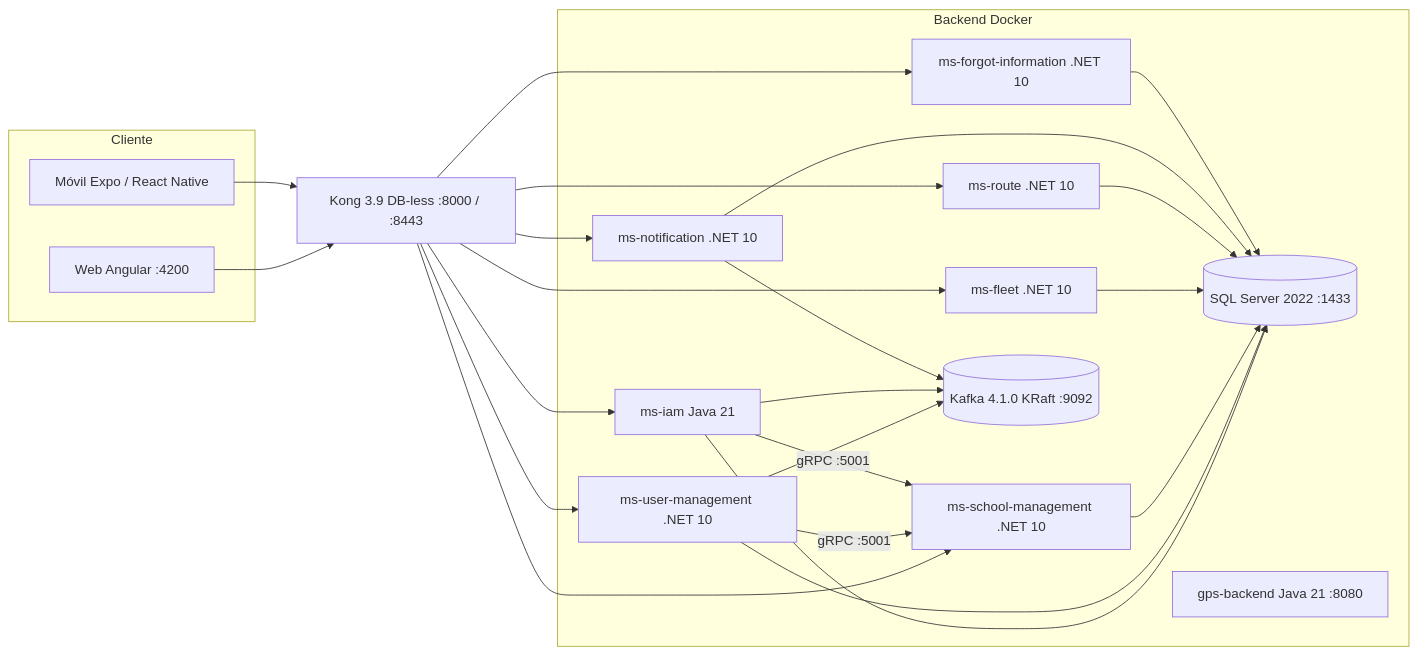
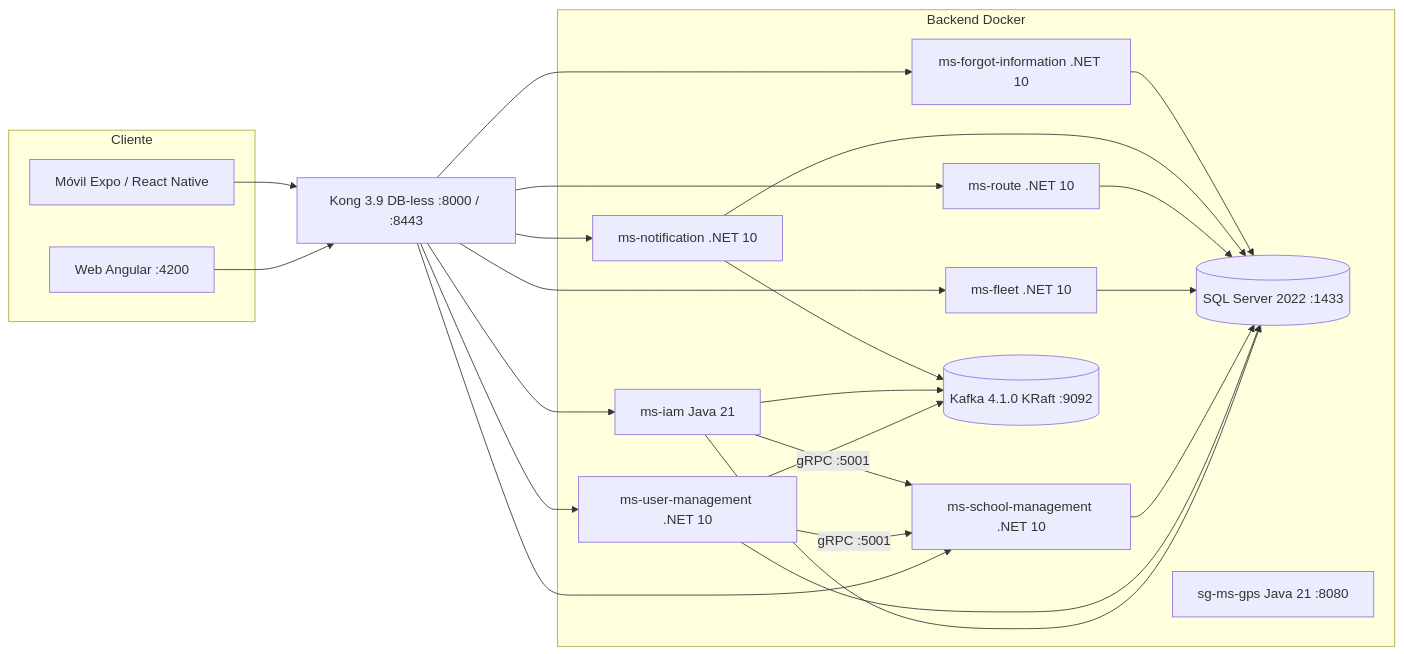
The first of 2 diagrams in 04-final-delivery/03-school-guardian/08-manuals/installation-manual.md (code-sena/ADSO-3145556), drawn with Mermaid before and after one commit. The commit also changed other lines of this file and 8 other files, not shown here.

````diff
--- a/04-final-delivery/03-school-guardian/08-manuals/installation-manual.md
+++ b/04-final-delivery/03-school-guardian/08-manuals/installation-manual.md
@@ -36,44 +36,44 @@
 ```mermaid
 flowchart LR
     subgraph Cliente
         WEB[Web Angular :4200]
         MOV[Móvil Expo / React Native]
     end
 
     KONG[Kong 3.9 DB-less :8000 / :8443]
 
     subgraph Backend Docker
         IAM[ms-iam Java 21]
         UM[ms-user-management .NET 10]
         SM[ms-school-management .NET 10]
         FL[ms-fleet .NET 10]
         RT[ms-route .NET 10]
         NT[ms-notification .NET 10]
         FI[ms-forgot-information .NET 10]
         KAFKA[(Kafka 4.1.0 KRaft :9092)]
         DB[(SQL Server 2022 :1433)]
-        GPS[gps-backend Java 21 :8080]
+        GPS[sg-ms-gps Java 21 :8080]
     end
 
     WEB --> KONG
     MOV --> KONG
     KONG --> IAM
     KONG --> UM
     KONG --> SM
     KONG --> FL
     KONG --> RT
     KONG --> NT
     KONG --> FI
     UM -- gRPC :5001 --> SM
     IAM -- gRPC :5001 --> SM
     UM --> KAFKA
     IAM --> KAFKA
     NT --> KAFKA
     IAM --> DB
     UM --> DB
     SM --> DB
     FL --> DB
     RT --> DB
     NT --> DB
     FI --> DB
 ```
````
